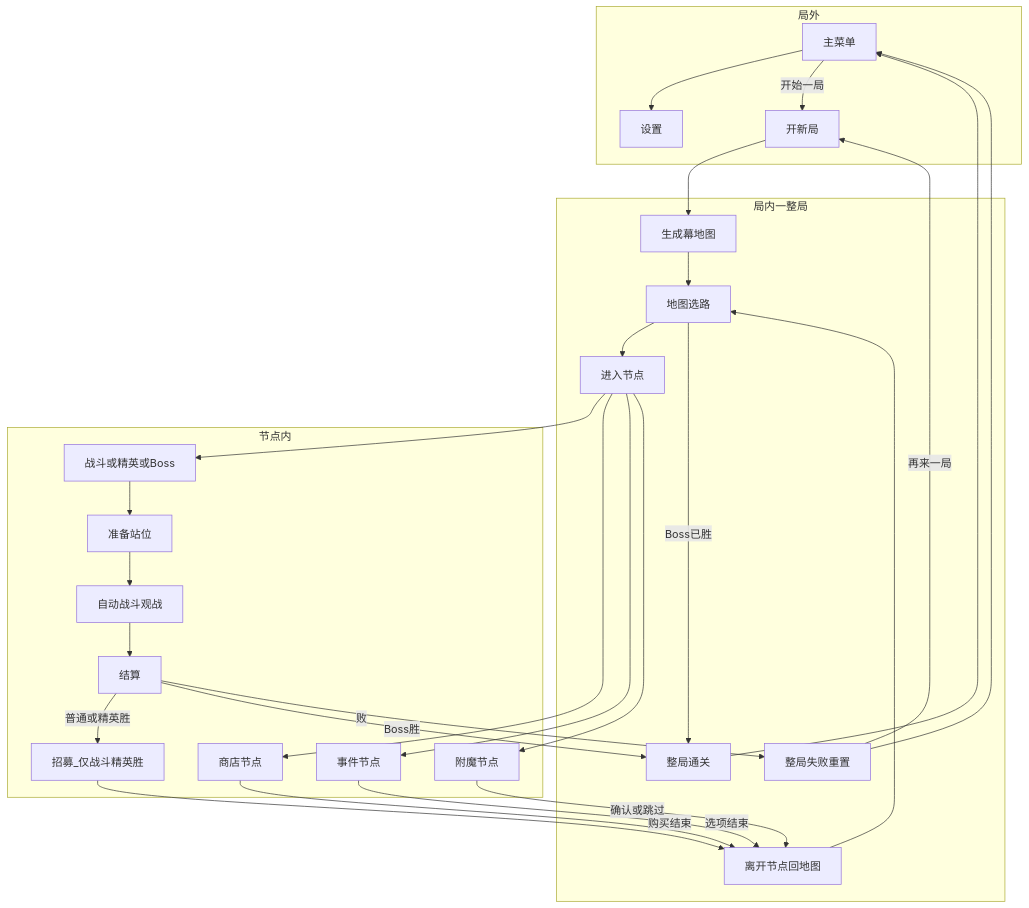
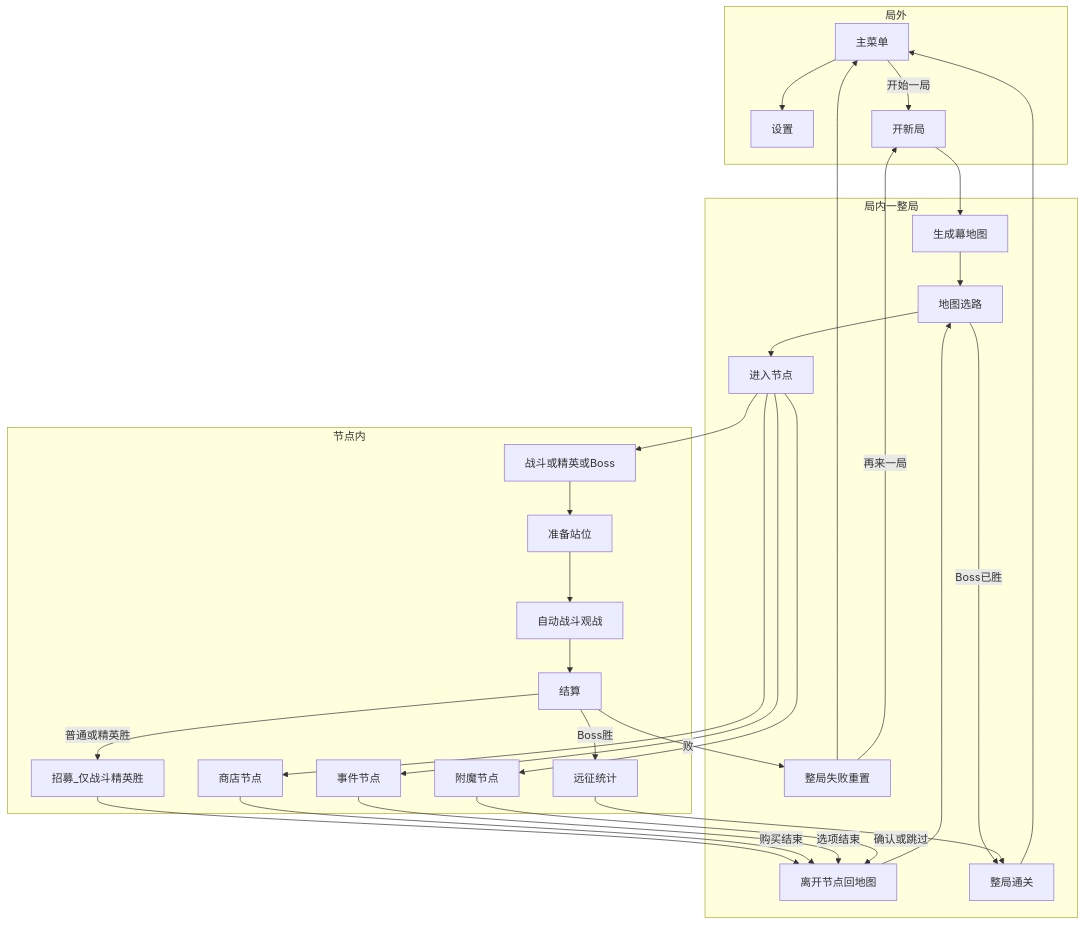
One commit to Kanerickyz/project-autochess changed the diagram in Documents/Features/GAME_LOOP.md. Above: the diagram before and after it, drawn with Mermaid. The commit also changed other lines of this file and 26 other files, not shown here.

````diff
--- a/Documents/Features/GAME_LOOP.md
+++ b/Documents/Features/GAME_LOOP.md
@@ -103,48 +103,49 @@
 ```mermaid
 flowchart TD
   subgraph Meta[局外]
     MainMenu[主菜单]
     Settings[设置]
     MainMenu --> Settings
     MainMenu -->|开始一局| NewRun[开新局]
   end
 
   subgraph RunLoop[局内一整局]
     GenMap[生成幕地图]
     MapSelect[地图选路]
     EnterNode[进入节点]
     LeaveNode[离开节点回地图]
     RunWin[整局通关]
     RunLose[整局失败重置]
     NewRun --> GenMap --> MapSelect
     MapSelect --> EnterNode
     LeaveNode --> MapSelect
     MapSelect -->|Boss已胜| RunWin
   end
 
   subgraph NodeInner[节点内]
     CombatNode[战斗或精英或Boss]
     ShopNode[商店节点]
     EventNode[事件节点]
     EnchantNode[附魔节点]
     Prep[准备站位]
     AutoCombat[自动战斗观战]
     Resolve[结算]
     Recruit[招募_仅战斗精英胜]
     CombatNode --> Prep --> AutoCombat --> Resolve
     Resolve -->|普通或精英胜| Recruit --> LeaveNode
-    Resolve -->|Boss胜| RunWin
+    Resolve -->|Boss胜| RunStats[远征统计]
+    RunStats --> RunWin
     Resolve -->|败| RunLose
     ShopNode -->|购买结束| LeaveNode
     EventNode -->|选项结束| LeaveNode
     EnchantNode -->|确认或跳过| LeaveNode
   end
 
   EnterNode --> CombatNode
   EnterNode --> ShopNode
   EnterNode --> EventNode
   EnterNode --> EnchantNode
   RunWin --> MainMenu
   RunLose --> MainMenu
   RunLose -->|再来一局| NewRun
 ```
````
